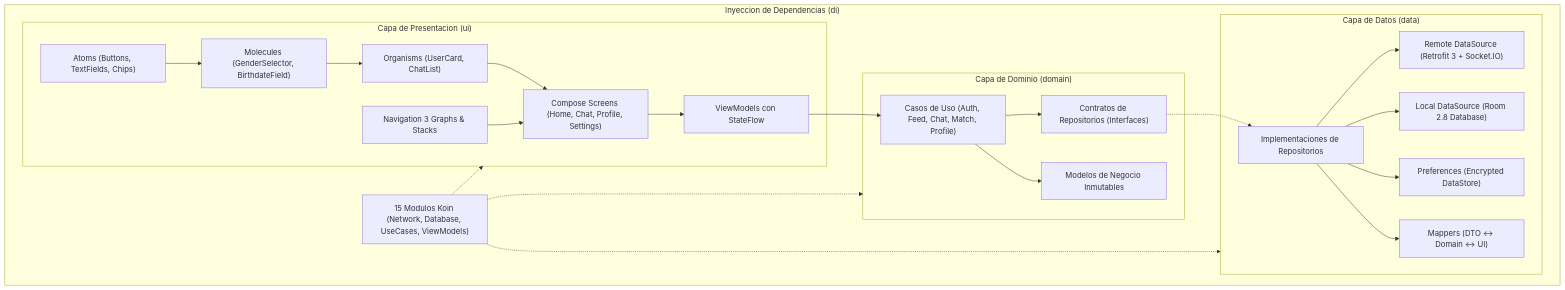
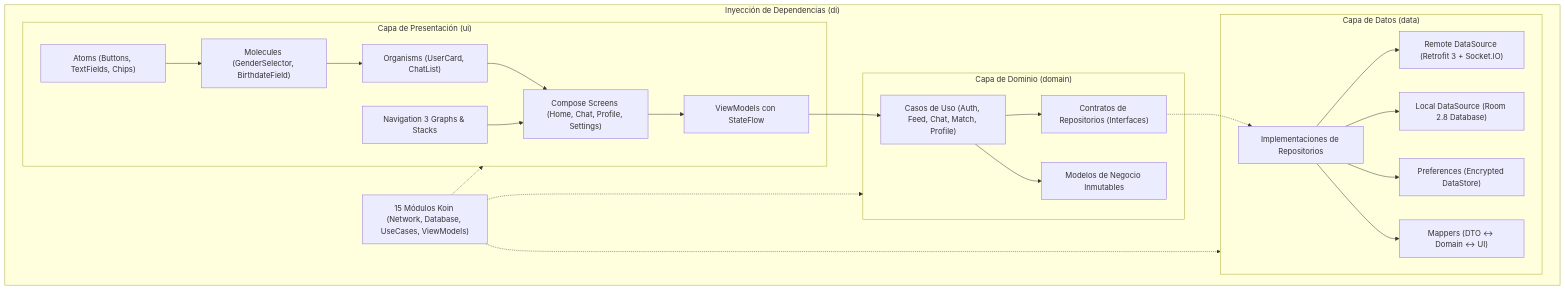
The diagram in README.md (FeryaelJustice/MiraiLink), drawn with Mermaid before and after one commit. The commit also changed other lines of this file and 78 other files, not shown here.

````diff
--- a/README.md
+++ b/README.md
@@ -169,43 +169,43 @@
 ```mermaid
 flowchart TD
-    subgraph UI ["Capa de Presentacion (ui)"]
+    subgraph UI ["Capa de Presentación (ui)"]
         Screens["Compose Screens (Home, Chat, Profile, Settings)"]
         Atoms["Atoms (Buttons, TextFields, Chips)"]
         Molecules["Molecules (GenderSelector, BirthdateField)"]
         Organisms["Organisms (UserCard, ChatList)"]
         Nav["Navigation 3 Graphs & Stacks"]
         VM["ViewModels con StateFlow"]
         Screens --> VM
         Atoms --> Molecules --> Organisms --> Screens
         Nav --> Screens
     end
 
     subgraph Domain ["Capa de Dominio (domain)"]
         UC["Casos de Uso (Auth, Feed, Chat, Match, Profile)"]
         RepoInterfaces["Contratos de Repositorios (Interfaces)"]
         Entities["Modelos de Negocio Inmutables"]
         VM --> UC
         UC --> RepoInterfaces
         UC --> Entities
     end
 
     subgraph Data ["Capa de Datos (data)"]
         RepoImpl["Implementaciones de Repositorios"]
         RemoteDS["Remote DataSource (Retrofit 3 + Socket.IO)"]
         LocalDS["Local DataSource (Room 2.8 Database)"]
         StoreDS["Preferences (Encrypted DataStore)"]
         Mappers["Mappers (DTO <-> Domain <-> UI)"]
         RepoInterfaces -.-> RepoImpl
         RepoImpl --> RemoteDS
         RepoImpl --> LocalDS
         RepoImpl --> StoreDS
         RepoImpl --> Mappers
     end
 
-    subgraph DI ["Inyeccion de Dependencias (di)"]
-        KoinModules["15 Modulos Koin (Network, Database, UseCases, ViewModels)"]
+    subgraph DI ["Inyección de Dependencias (di)"]
+        KoinModules["15 Módulos Koin (Network, Database, UseCases, ViewModels)"]
         KoinModules -.-> UI
         KoinModules -.-> Domain
         KoinModules -.-> Data
     end
 ```
````
